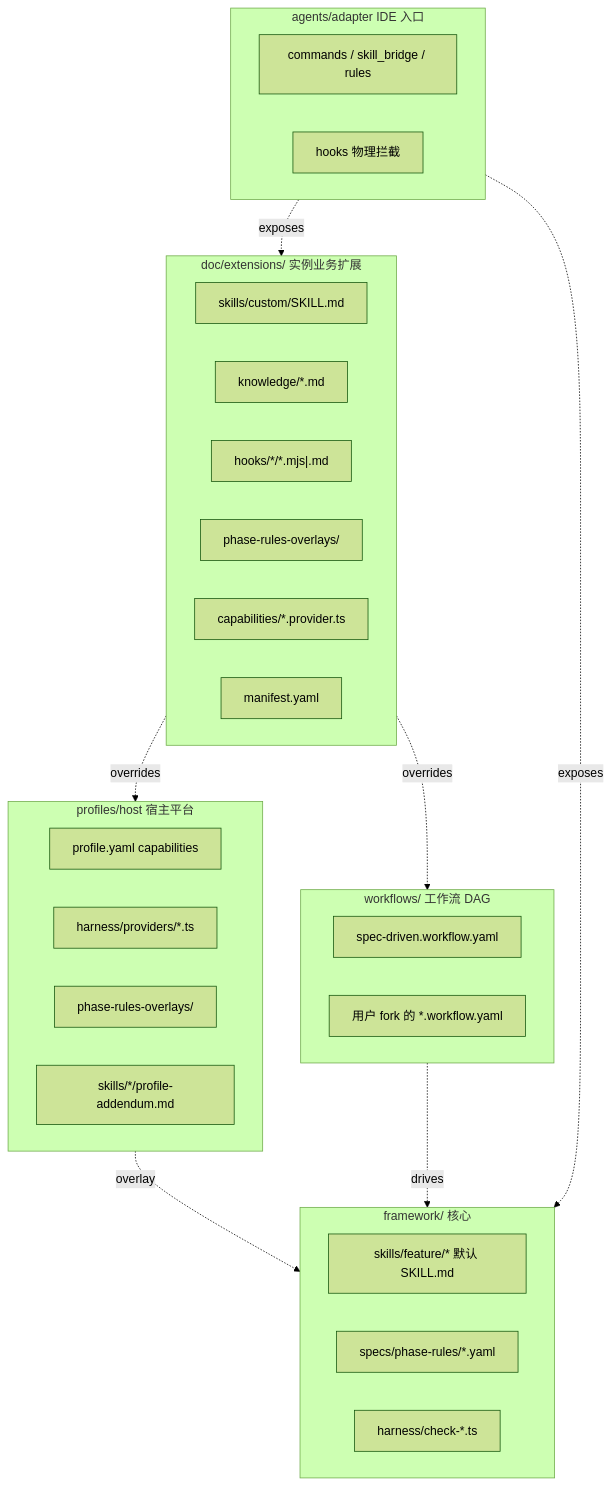
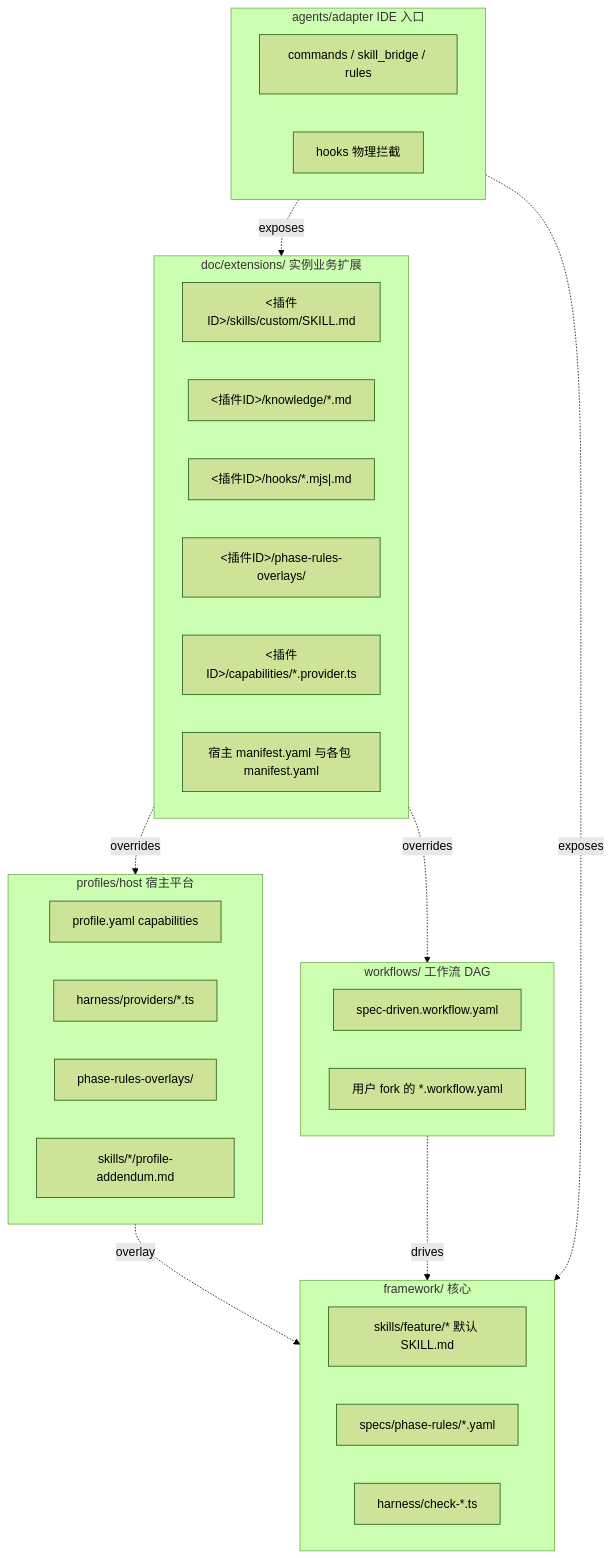
Before and after one commit to sqsqsq/agent-maison: the diagram in docs/concepts/extensibility.md, drawn with Mermaid (forest theme). The commit also changed other lines of this file and 109 other files, not shown here.

````diff
--- a/docs/concepts/extensibility.md
+++ b/docs/concepts/extensibility.md
@@ -23,41 +23,41 @@
 ```mermaid
 flowchart TB
   subgraph FW[framework/ 核心]
     coreSkills["skills/feature/* 默认 SKILL.md"]
     coreRules["specs/phase-rules/*.yaml"]
     coreHarness["harness/check-*.ts"]
   end
 
   subgraph Profile["profiles/host 宿主平台"]
     profCaps["profile.yaml capabilities"]
     profProv["harness/providers/*.ts"]
     profOver["phase-rules-overlays/"]
     profAdd["skills/*/profile-addendum.md"]
   end
 
   subgraph Workflow["workflows/ 工作流 DAG"]
     wfDefault["spec-driven.workflow.yaml"]
     wfFork["用户 fork 的 *.workflow.yaml"]
   end
 
   subgraph Ext["doc/extensions/ 实例业务扩展"]
-    extSkills["skills/custom/SKILL.md"]
-    extKnow["knowledge/*.md"]
-    extHooks["hooks/*/*.mjs|.md"]
-    extOver["phase-rules-overlays/"]
-    extCaps["capabilities/*.provider.ts"]
-    extMani["manifest.yaml"]
+    extSkills["<插件ID>/skills/custom/SKILL.md"]
+    extKnow["<插件ID>/knowledge/*.md"]
+    extHooks["<插件ID>/hooks/*.mjs|.md"]
+    extOver["<插件ID>/phase-rules-overlays/"]
+    extCaps["<插件ID>/capabilities/*.provider.ts"]
+    extMani["宿主 manifest.yaml 与各包 manifest.yaml"]
   end
 
   subgraph Agent["agents/adapter IDE 入口"]
     agCmd["commands / skill_bridge / rules"]
     agHook["hooks 物理拦截"]
   end
 
   Profile -. overlay .-> FW
   Workflow -. drives .-> FW
   Ext -. overrides .-> Workflow
   Ext -. overrides .-> Profile
   Agent -. exposes .-> FW
   Agent -. exposes .-> Ext
 ```
````
